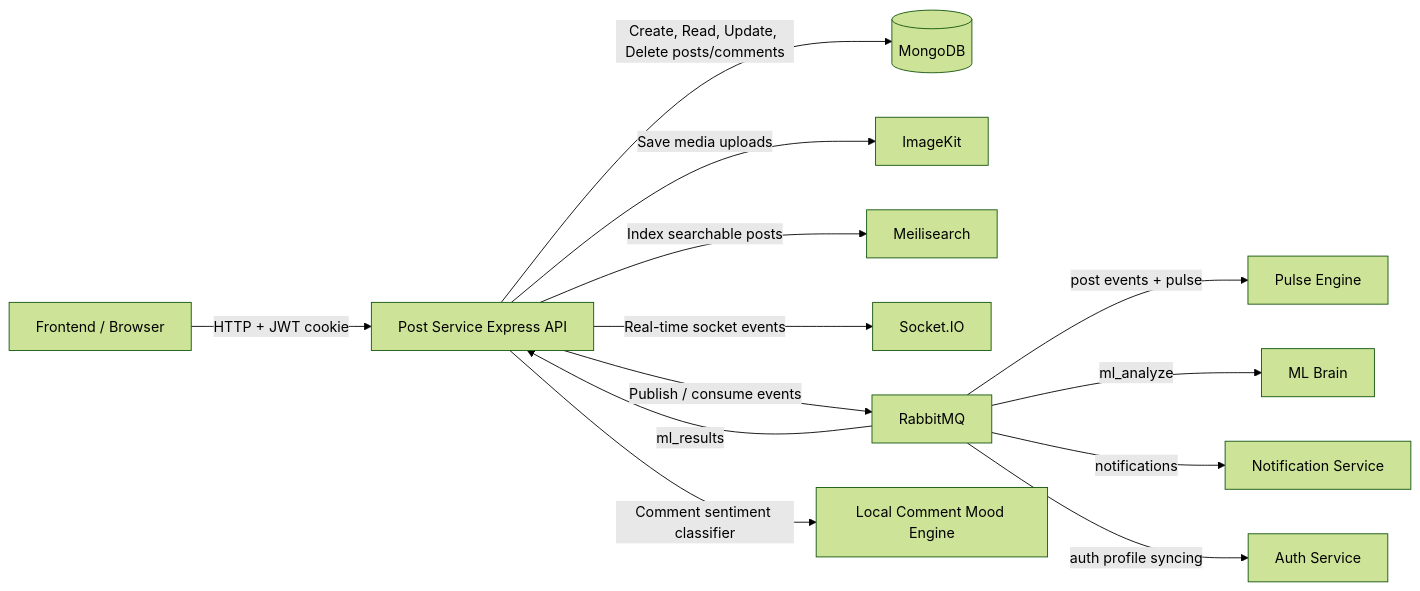
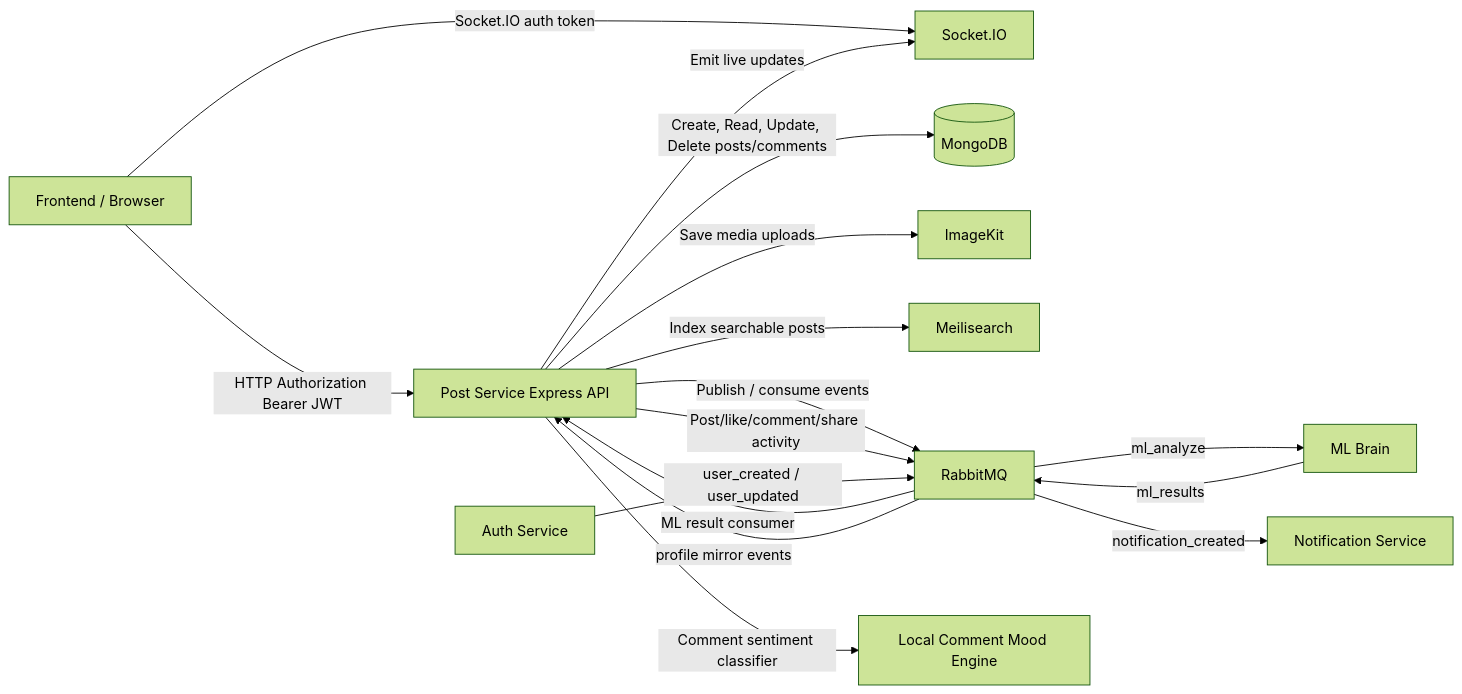
Before and after one commit to taiyeba-software/verbascope-social-ml: the diagram in services/post-service/README.md, drawn with Mermaid (forest theme). The commit also changed other lines of this file and 19 other files, not shown here.

````diff
--- a/services/post-service/README.md
+++ b/services/post-service/README.md
@@ -17,17 +21,20 @@
 ```mermaid
 flowchart LR
-    FE[Frontend / Browser] -->|HTTP + JWT cookie| API[Post Service Express API]
+    FE[Frontend / Browser] -->|HTTP Authorization Bearer JWT| API[Post Service Express API]
+    FE -->|Socket.IO auth token| IO[Socket.IO]
     API -->|Create, Read, Update, Delete posts/comments| DB[(MongoDB)]
     API -->|Save media uploads| IMG[ImageKit]
     API -->|Index searchable posts| MEILI[Meilisearch]
-    API -->|Real-time socket events| IO[Socket.IO]
     API -->|Publish / consume events| MQ[RabbitMQ]
 
-    MQ -->|post events + pulse| PULSE[Pulse Engine]
+    API -->|Post/like/comment/share activity| MQ
     MQ -->|ml_analyze| ML[ML Brain]
-    MQ -->|ml_results| API
-    MQ -->|notifications| NOTIFY[Notification Service]
-    MQ -->|auth profile syncing| AUTH[Auth Service]
+    ML -->|ml_results| MQ
+    MQ -->|ML result consumer| API
+    MQ -->|notification_created| NOTIFY[Notification Service]
+    AUTH[Auth Service] -->|user_created / user_updated| MQ
+    MQ -->|profile mirror events| API
 
     API -->|Comment sentiment classifier| CLASSIFIER[Local Comment Mood Engine]
+    API -->|Emit live updates| IO
 ```
````
